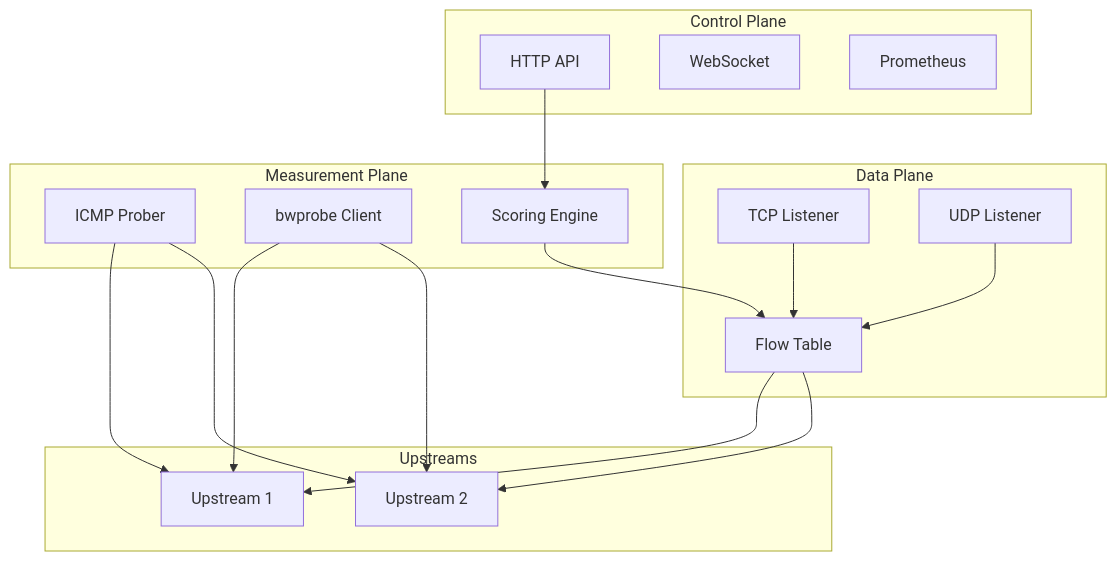
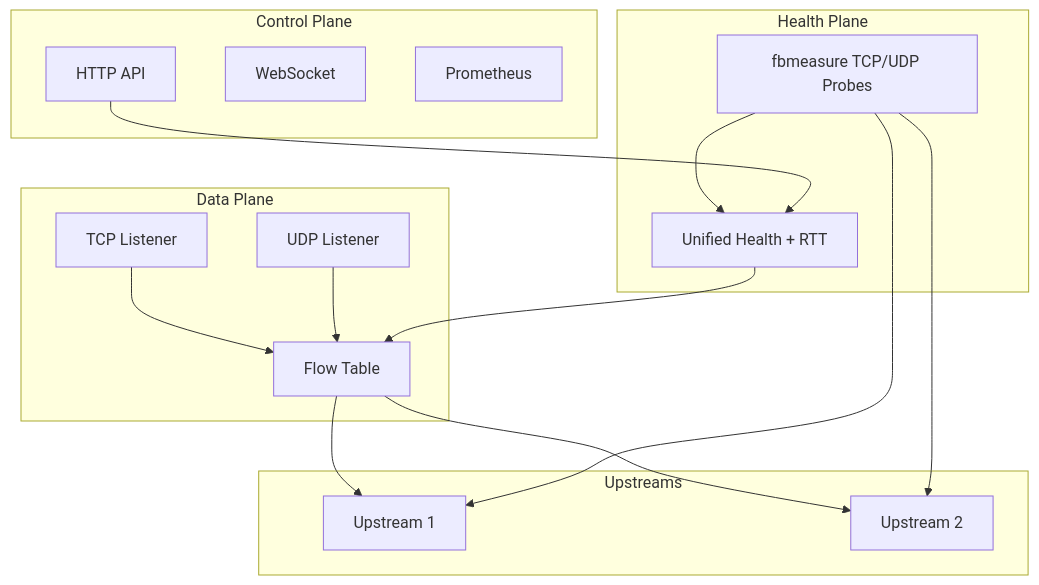
One commit to NodePath81/fbforward changed the first of 14 diagrams in doc/diagrams.md. Above: the diagram before and after it, drawn with Mermaid. The commit also changed other lines of this file and 194 other files, not shown here.

````diff
--- a/doc/diagrams.md
+++ b/doc/diagrams.md
@@ -15,38 +15,35 @@
 ```mermaid
 graph TB
     subgraph Control Plane
         API[HTTP API]
         WS[WebSocket]
         Metrics[Prometheus]
     end
 
     subgraph Data Plane
         TCP[TCP Listener]
         UDP[UDP Listener]
         FT[Flow Table]
     end
 
-    subgraph Measurement Plane
-        ICMP[ICMP Prober]
-        BW[bwprobe Client]
-        Score[Scoring Engine]
+    subgraph Health Plane
+        Measure[fbmeasure TCP/UDP Probes]
+        Health[Unified Health + RTT]
     end
 
     subgraph Upstreams
         U1[Upstream 1]
         U2[Upstream 2]
     end
 
     TCP --> FT
     UDP --> FT
     FT --> U1
     FT --> U2
 
-    ICMP --> U1
-    ICMP --> U2
-    BW --> U1
-    BW --> U2
-
-    Score --> FT
-    API --> Score
+    Measure --> U1
+    Measure --> U2
+    Measure --> Health
+    Health --> FT
+    API --> Health
 ```
````
